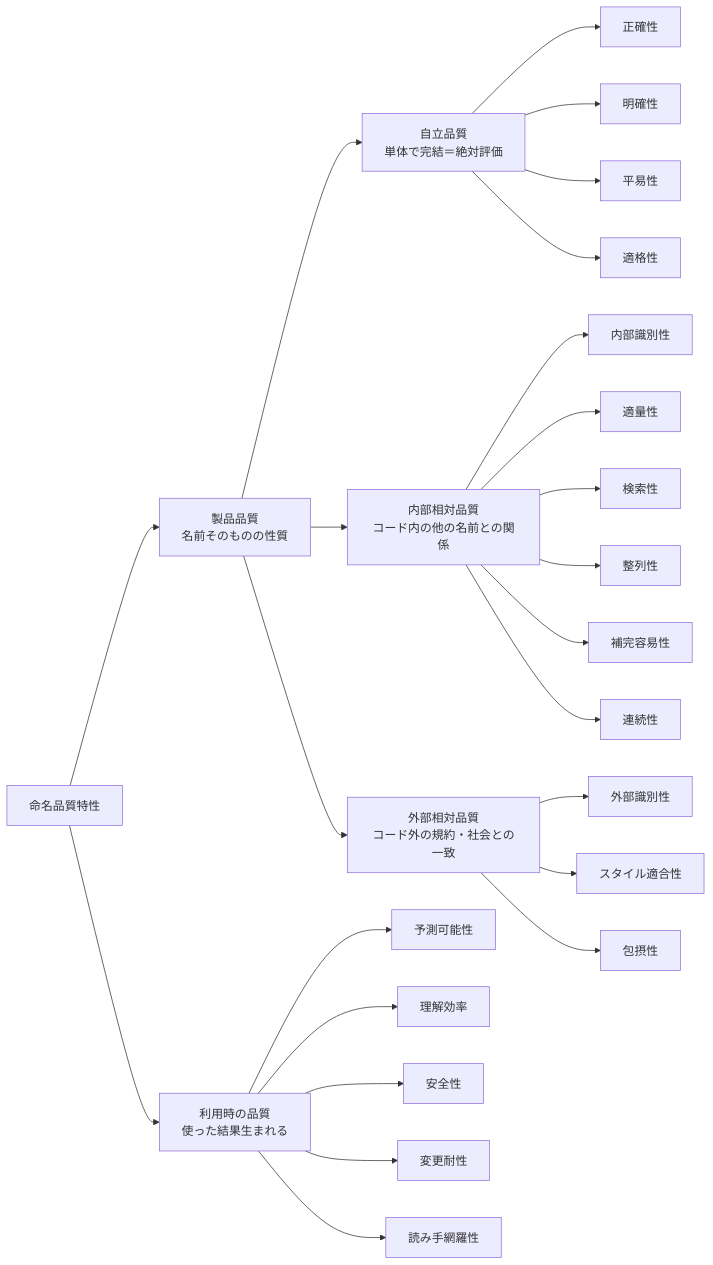
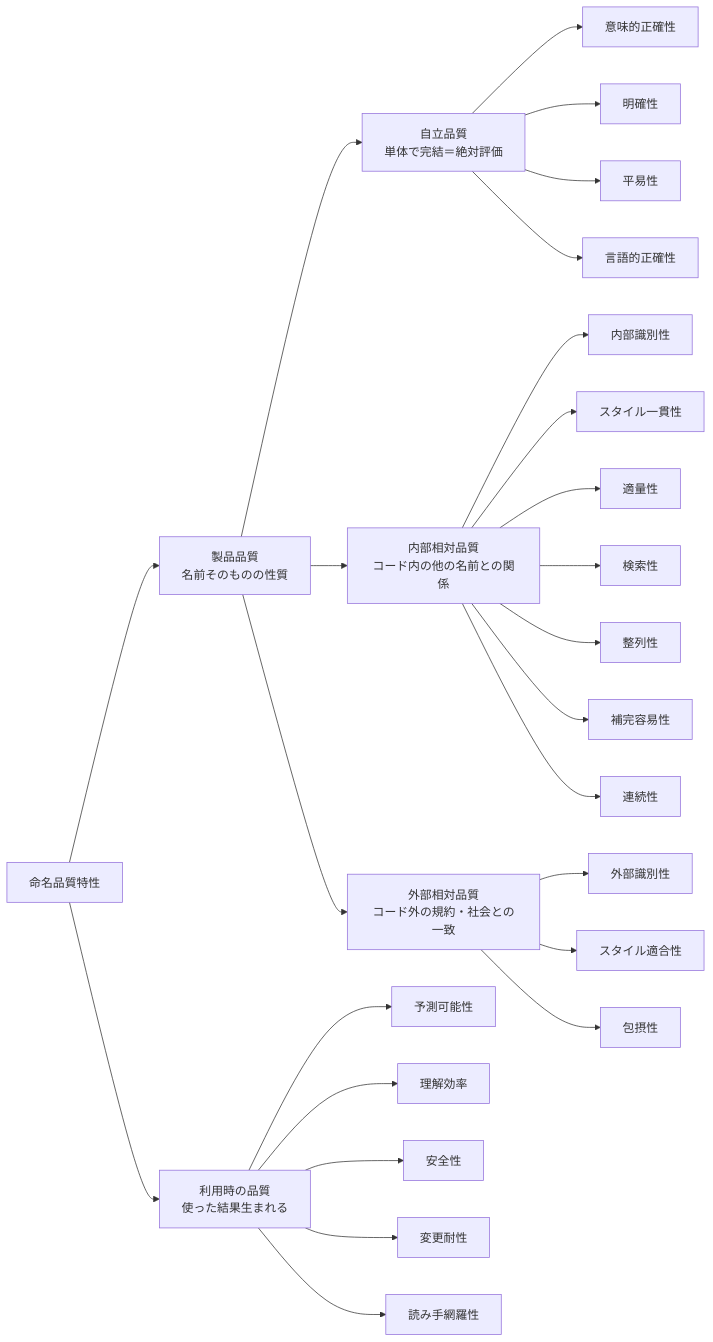
The diagram in articles/naming-quality-characteristics.md (kagankan/zenn-articles), drawn with Mermaid before and after one commit. The commit also changed other lines of this file and 2 other files, not shown here.

````diff
--- a/articles/naming-quality-characteristics.md
+++ b/articles/naming-quality-characteristics.md
@@ -15,33 +15,34 @@
 ```mermaid
 graph LR
   R[命名品質特性]
 
   R --> P[製品品質<br/>名前そのものの性質]
   R --> U[利用時の品質<br/>使った結果生まれる]
 
   P --> A[自立品質<br/>単体で完結＝絶対評価]
   P --> I[内部相対品質<br/>コード内の他の名前との関係]
   P --> E[外部相対品質<br/>コード外の規約・社会との一致]
 
-  A --> A1[正確性]
+  A --> A1[意味的正確性]
   A --> A2[明確性]
   A --> A3[平易性]
-  A --> A4[適格性]
+  A --> A4[言語的正確性]
 
   I --> I1[内部識別性]
+  I --> I7[スタイル一貫性]
   I --> I2[適量性]
   I --> I3[検索性]
   I --> I4[整列性]
   I --> I5[補完容易性]
   I --> I6[連続性]
 
   E --> E1[外部識別性]
   E --> E2[スタイル適合性]
   E --> E3[包摂性]
 
   U --> U1[予測可能性]
   U --> U2[理解効率]
   U --> U3[安全性]
   U --> U4[変更耐性]
   U --> U5[読み手網羅性]
 ```
````
